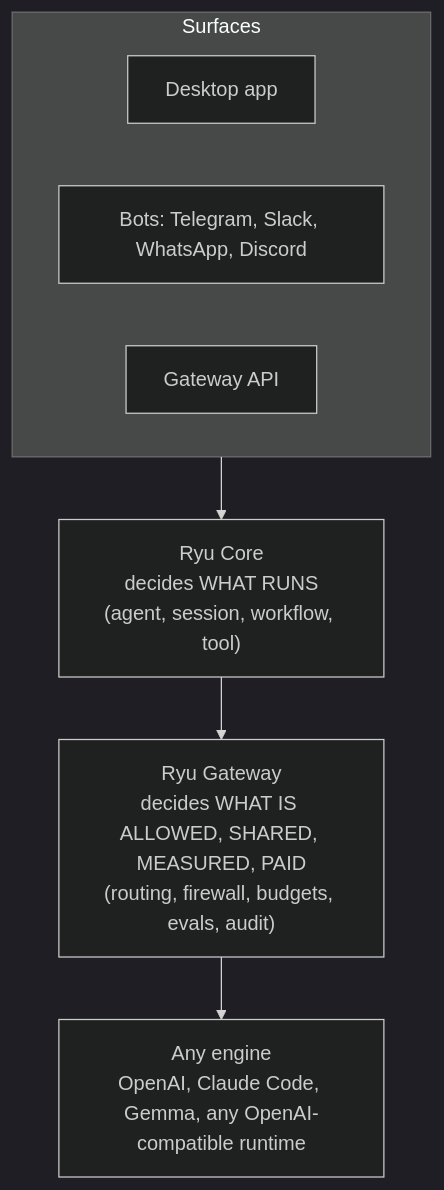
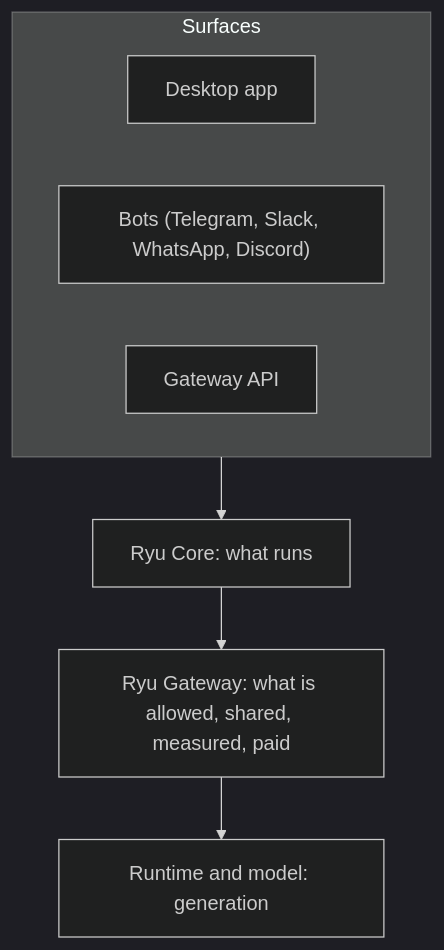
The diagram in content/docs/learn/academy/essentials/what-is-ryu.mdx (amajorai/ryu-docs), drawn with Mermaid (dark theme) before and after one commit. The commit also changed other lines of this file and 2642 other files, not shown here.

````diff
--- a/content/docs/learn/academy/essentials/what-is-ryu.mdx
+++ b/content/docs/learn/academy/essentials/what-is-ryu.mdx
@@ -26,14 +26,14 @@
 ```mermaid
 flowchart TD
   subgraph Surfaces
     D[Desktop app]
-    B[Bots: Telegram, Slack, WhatsApp, Discord]
+    B["Bots (Telegram, Slack, WhatsApp, Discord)"]
     A[Gateway API]
   end
   Surfaces --> Core
-  Core["Ryu Core<br/>decides WHAT RUNS<br/>(agent, session, workflow, tool)"]
-  Gateway["Ryu Gateway<br/>decides WHAT IS ALLOWED, SHARED, MEASURED, PAID<br/>(routing, firewall, budgets, evals, audit)"]
-  Engine["Any engine<br/>OpenAI, Claude Code, Gemma, any OpenAI-compatible runtime"]
+  Core["Ryu Core: what runs"]
+  Gateway["Ryu Gateway: what is allowed, shared, measured, paid"]
+  Engine["Runtime and model: generation"]
   Core --> Gateway
   Gateway --> Engine
 ```
````
